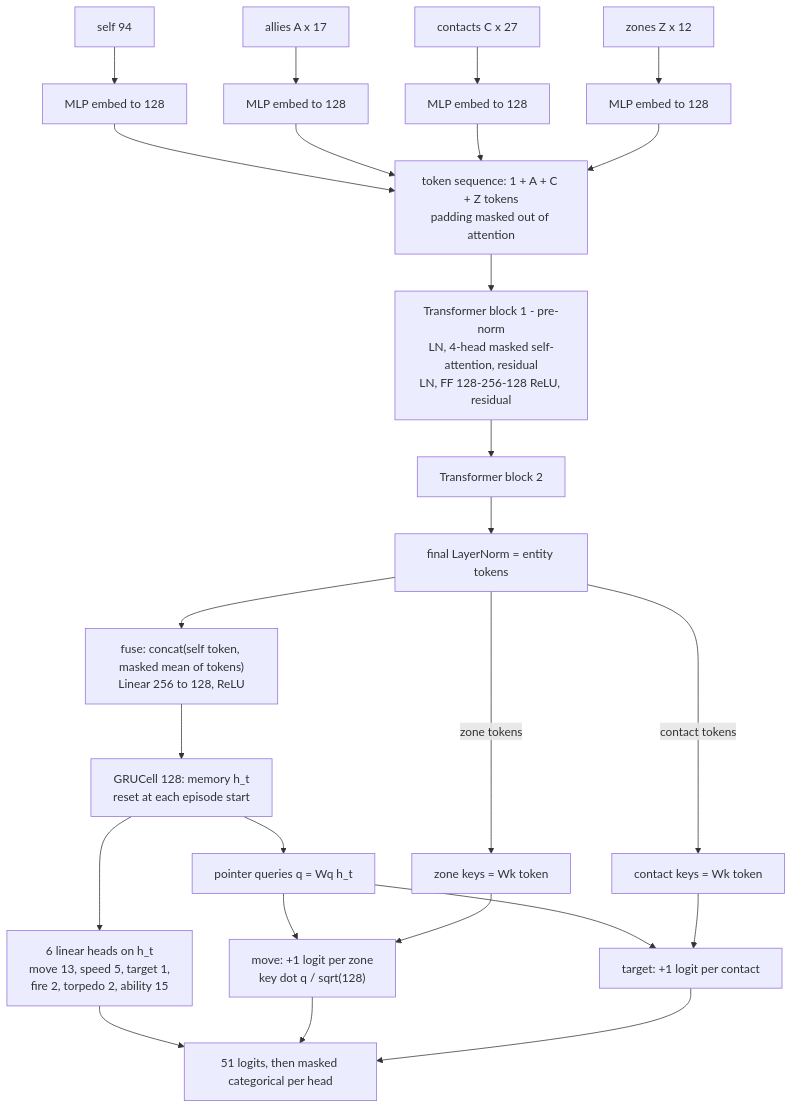
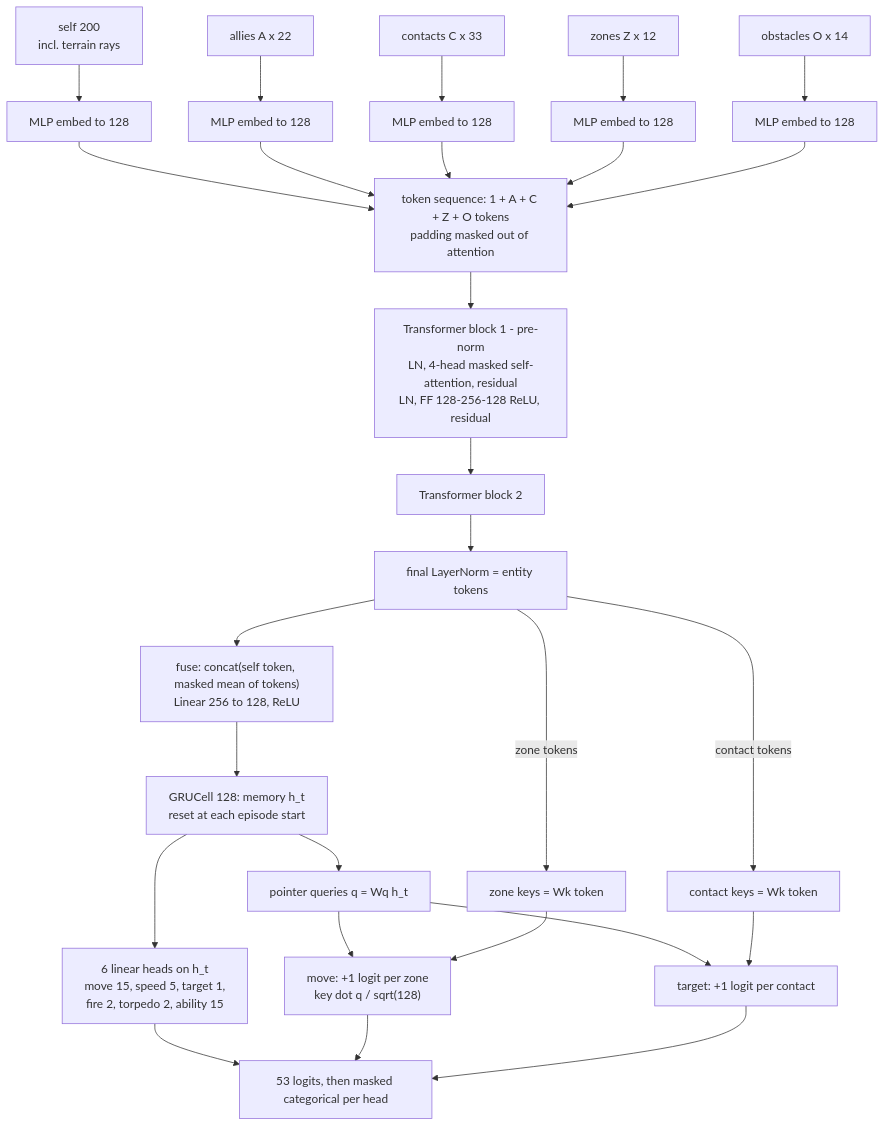
The eighth of 14 diagrams in RL_README.md (UTS-WOW/WOW-Simulation), drawn with Mermaid before and after one commit. The commit also changed other lines of this file and 41 other files, not shown here.

````diff
--- a/RL_README.md
+++ b/RL_README.md
@@ -684,20 +727,21 @@
 ```mermaid
 flowchart TB
-    S["self 94"] --> E0["MLP embed to 128"]
-    A["allies A x 17"] --> E1["MLP embed to 128"]
-    C["contacts C x 27"] --> E2["MLP embed to 128"]
+    S["self 200<br/>incl. terrain rays"] --> E0["MLP embed to 128"]
+    A["allies A x 22"] --> E1["MLP embed to 128"]
+    C["contacts C x 33"] --> E2["MLP embed to 128"]
     Z["zones Z x 12"] --> E3["MLP embed to 128"]
-    E0 & E1 & E2 & E3 --> CAT["token sequence: 1 + A + C + Z tokens<br/>padding masked out of attention"]
+    O["obstacles O x 14"] --> E4["MLP embed to 128"]
+    E0 & E1 & E2 & E3 & E4 --> CAT["token sequence: 1 + A + C + Z + O tokens<br/>padding masked out of attention"]
     CAT --> TB1["Transformer block 1 - pre-norm<br/>LN, 4-head masked self-attention, residual<br/>LN, FF 128-256-128 ReLU, residual"]
     TB1 --> TB2["Transformer block 2"]
     TB2 --> LNF["final LayerNorm = entity tokens"]
     LNF --> FUSE["fuse: concat(self token, masked mean of tokens)<br/>Linear 256 to 128, ReLU"]
     FUSE --> GRU["GRUCell 128: memory h_t<br/>reset at each episode start"]
-    GRU --> FX["6 linear heads on h_t<br/>move 13, speed 5, target 1,<br/>fire 2, torpedo 2, ability 15"]
+    GRU --> FX["6 linear heads on h_t<br/>move 15, speed 5, target 1,<br/>fire 2, torpedo 2, ability 15"]
     GRU --> PQ["pointer queries q = Wq h_t"]
     LNF -->|"zone tokens"| KZ["zone keys = Wk token"]
     LNF -->|"contact tokens"| KC["contact keys = Wk token"]
     PQ & KZ --> PZ["move: +1 logit per zone<br/>key dot q / sqrt(128)"]
     PQ & KC --> PC["target: +1 logit per contact"]
-    FX & PZ & PC --> LOG["51 logits, then masked categorical per head"]
+    FX & PZ & PC --> LOG["53 logits, then masked categorical per head"]
 ```
````
